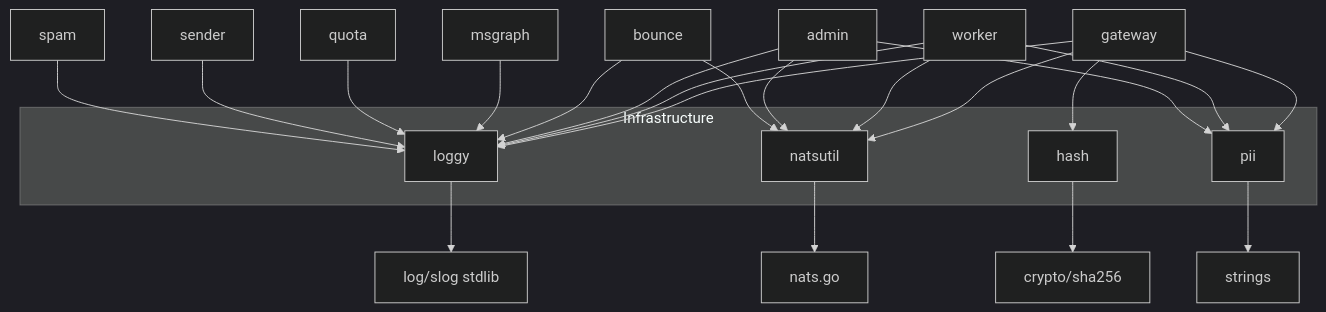
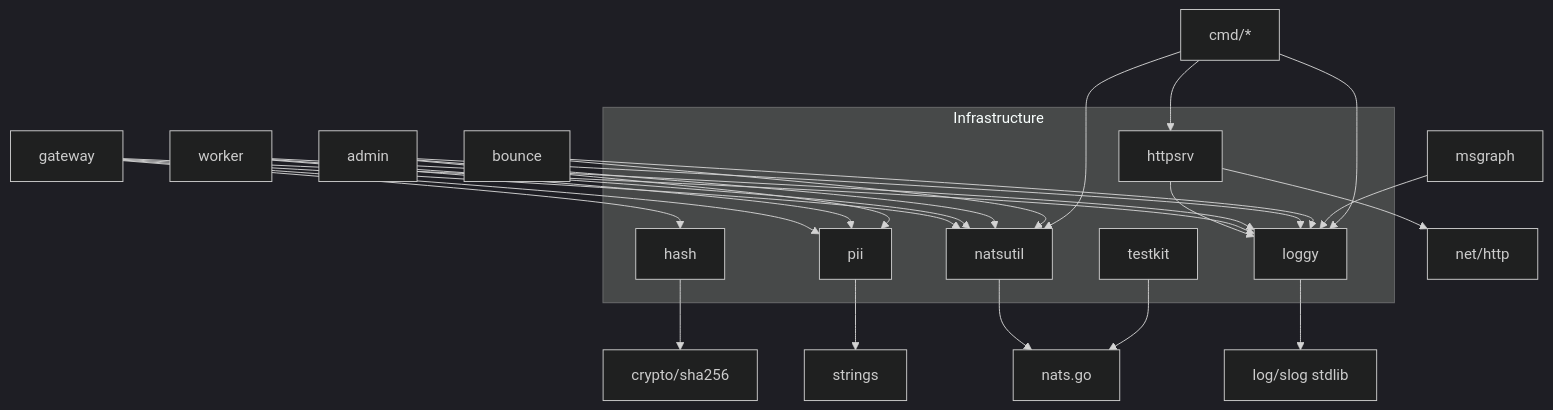
The diagram in docs/knowledge-base/modules/infrastructure/dependencies.md (maatini/dispatch), drawn with Mermaid (dark theme) before and after one commit. The commit also changed other lines of this file and 41 other files, not shown here.

````diff
--- a/docs/knowledge-base/modules/infrastructure/dependencies.md
+++ b/docs/knowledge-base/modules/infrastructure/dependencies.md
@@ -28,31 +31,36 @@
 ```mermaid
 graph TD
     subgraph Infrastructure
         LOGGY[loggy]
         NATSUTIL[natsutil]
+        HTTPSRV[httpsrv]
         HASH[hash]
         PII[pii]
+        TESTKIT[testkit]
     end
 
     LOGGY --> SLOG[log/slog stdlib]
     NATSUTIL --> NATSGO[nats.go]
+    HTTPSRV --> LOGGY
+    HTTPSRV --> NETHTTP[net/http]
     HASH --> SHA256[crypto/sha256]
     PII --> STRINGS[strings]
+    TESTKIT --> NATSGO
 
     GATEWAY[gateway] --> LOGGY
     GATEWAY --> NATSUTIL
     GATEWAY --> HASH
     GATEWAY --> PII
     WORKER[worker] --> LOGGY
     WORKER --> NATSUTIL
     WORKER --> PII
     ADMIN[admin] --> LOGGY
     ADMIN --> NATSUTIL
     ADMIN --> PII
     BOUNCE[bounce] --> LOGGY
     BOUNCE --> NATSUTIL
     MSGRAPH[msgraph] --> LOGGY
-    QUOTA[quota] --> LOGGY
-    SENDER[sender] --> LOGGY
-    SPAM[spam] --> LOGGY
+    CMDS[cmd/*] --> NATSUTIL
+    CMDS --> LOGGY
+    CMDS --> HTTPSRV
 ```
````
